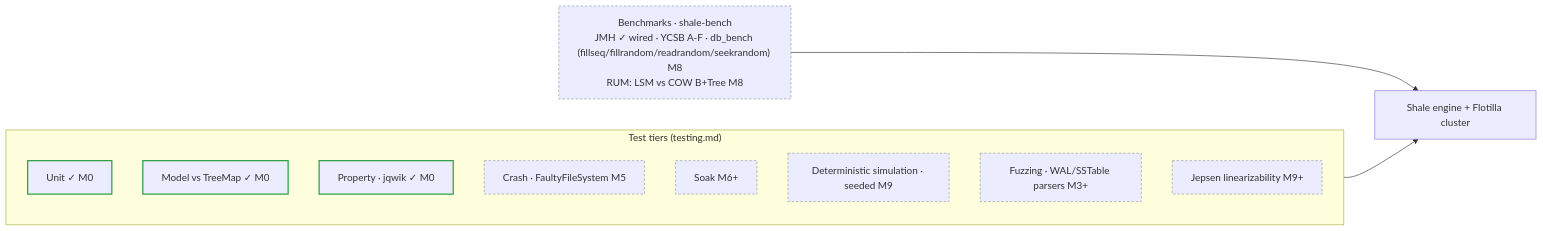
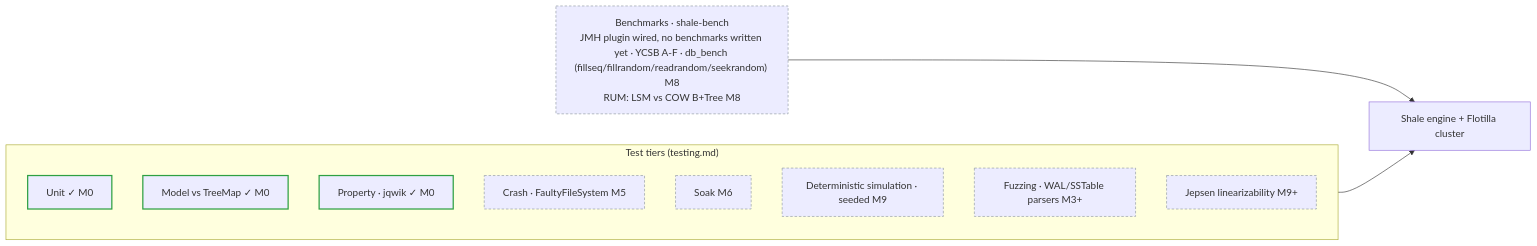
Before and after one commit to rahul-j0shi/shale: the fourth of 4 diagrams in README.md, drawn with Mermaid. The commit also changed other lines of this file and 1 other file, not shown here.

````diff
--- a/README.md
+++ b/README.md
@@ -237,20 +233,20 @@
 ```mermaid
 flowchart LR
   subgraph tiers["Test tiers (testing.md)"]
     unit["Unit ✓ M0"]:::done
     modelt["Model vs TreeMap ✓ M0"]:::done
     prop["Property · jqwik ✓ M0"]:::done
     crash["Crash · FaultyFileSystem M5"]:::plan
-    soak["Soak M6+"]:::plan
+    soak["Soak M6"]:::plan
     dst["Deterministic simulation · seeded M9"]:::plan
     fuzz["Fuzzing · WAL/SSTable parsers M3+"]:::plan
     jep["Jepsen linearizability M9+"]:::plan
   end
-  bench["Benchmarks · shale-bench<br/>JMH ✓ wired · YCSB A-F · db_bench (fillseq/fillrandom/readrandom/seekrandom) M8<br/>RUM: LSM vs COW B+Tree M8"]:::plan
+  bench["Benchmarks · shale-bench<br/>JMH plugin wired, no benchmarks written yet · YCSB A-F · db_bench (fillseq/fillrandom/readrandom/seekrandom) M8<br/>RUM: LSM vs COW B+Tree M8"]:::plan
   target["Shale engine + Flotilla cluster"]
   tiers --> target
   bench --> target
 
   classDef done stroke:#2ea043,stroke-width:2px;
   classDef plan stroke:#8b949e,stroke-width:1px,stroke-dasharray:4 3;
 ```
````
